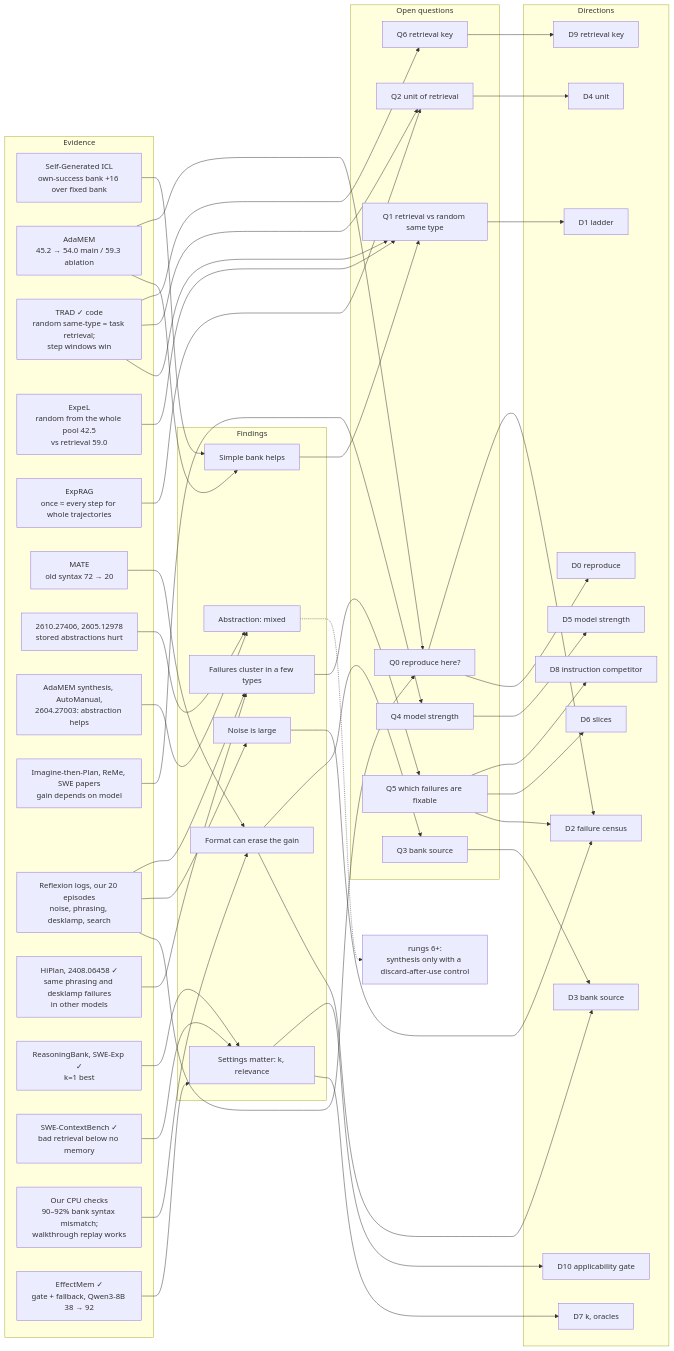
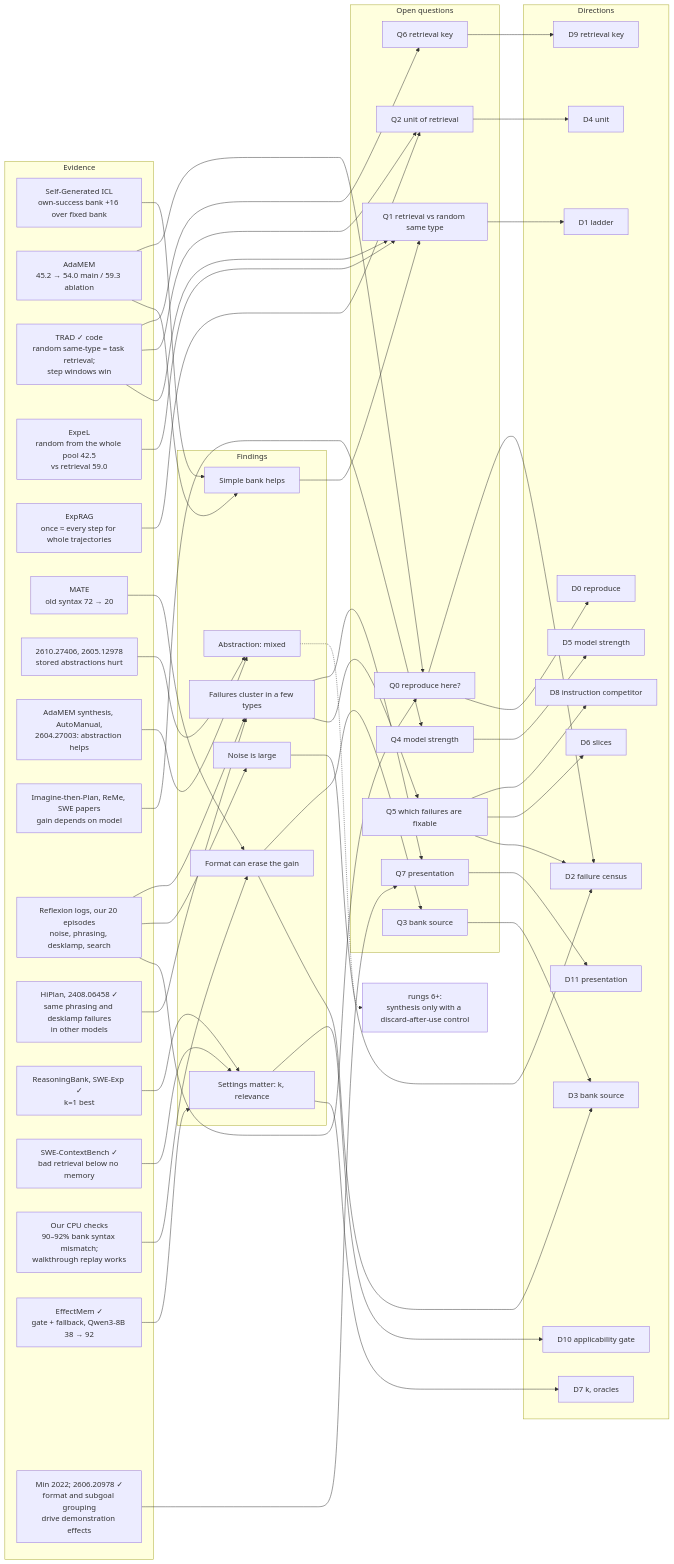
Before and after one commit to krapcys1-maker/adaptive-agent-memory-research: the diagram in docs/research-map/CONNECTIONS.md, drawn with Mermaid. The commit also changed other lines of this file and 4 other files, not shown here.

Commit message:
docs(research-map): Q7 and D11 presentation of retrieved entries (subgoal grouping vs flat log); Min 2022 and 2606.20978

```diff
--- a/docs/research-map/CONNECTIONS.md
+++ b/docs/research-map/CONNECTIONS.md
@@ -22,6 +22,7 @@
     E13["SWE-ContextBench ✓<br/>bad retrieval below no memory"]
     E14["Our CPU checks<br/>90–92% bank syntax mismatch;<br/>walkthrough replay works"]
     E15["EffectMem ✓<br/>gate + fallback, Qwen3-8B 38 → 92"]
+    E16["Min 2022; 2606.20978 ✓<br/>format and subgoal grouping<br/>drive demonstration effects"]
   end
   subgraph F["Findings"]
     F1["Simple bank helps"]
@@ -39,6 +40,7 @@
     Q4["Q4 model strength"]
     Q5["Q5 which failures are fixable"]
     Q6["Q6 retrieval key"]
+    Q7["Q7 presentation"]
   end
   subgraph D["Directions"]
     D0["D0 reproduce"]
@@ -52,6 +54,7 @@
     D8["D8 instruction competitor"]
     D9["D9 retrieval key"]
     D10["D10 applicability gate"]
+    D11["D11 presentation"]
   end
   E1 --> F1
   E2 --> F1
@@ -78,6 +81,9 @@
   F6 --> D7
   F6 --> D10
   E15 --> F6
+  E16 --> Q7
+  F5 --> Q7
+  Q7 --> D11
   E3 --> Q6
   F2 --> Q3
   Q0 --> D0
```
